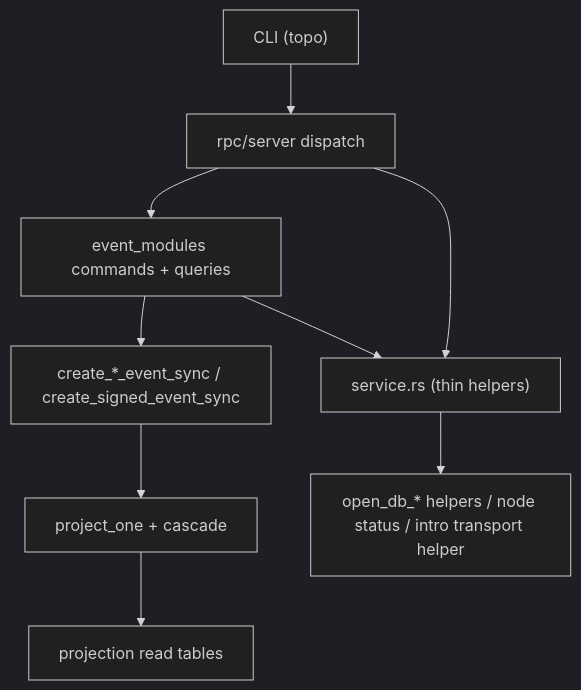
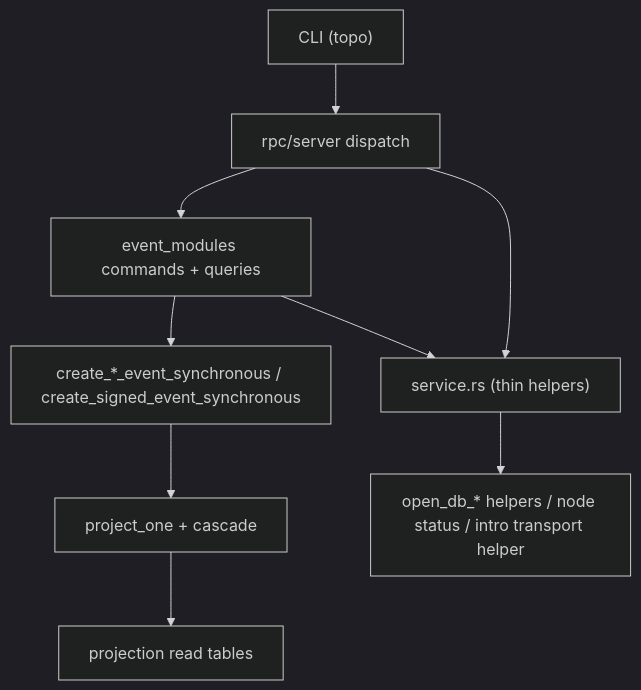
The first of 5 diagrams in docs/CURRENT_RUNTIME_DIAGRAM.md (holmesworcester/topo), drawn with Mermaid (dark theme) before and after one commit. The commit also changed other lines of this file and 18 other files, not shown here.

Commit message:
Rename create_*_sync APIs to create_*_synchronous

````diff
--- a/docs/CURRENT_RUNTIME_DIAGRAM.md
+++ b/docs/CURRENT_RUNTIME_DIAGRAM.md
@@ -23,13 +23,13 @@
 ```mermaid
 flowchart TD
     CLI["CLI (topo)"] --> RPC["rpc/server dispatch"]
     RPC --> EM["event_modules commands + queries"]
     RPC --> SVC["service.rs (thin helpers)"]
 
     EM --> SVC
-    EM --> CREATE["create_*_event_sync / create_signed_event_sync"]
+    EM --> CREATE["create_*_event_synchronous / create_signed_event_synchronous"]
     CREATE --> PROJ["project_one + cascade"]
     PROJ --> READS["projection read tables"]
 
     SVC --> INFRA["open_db_* helpers / node status / intro transport helper"]
 ```
````
